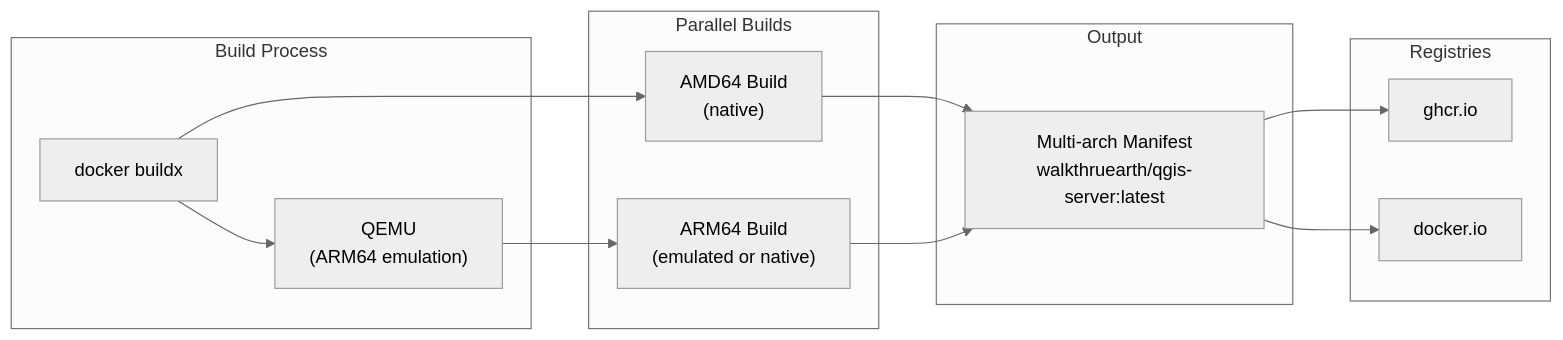
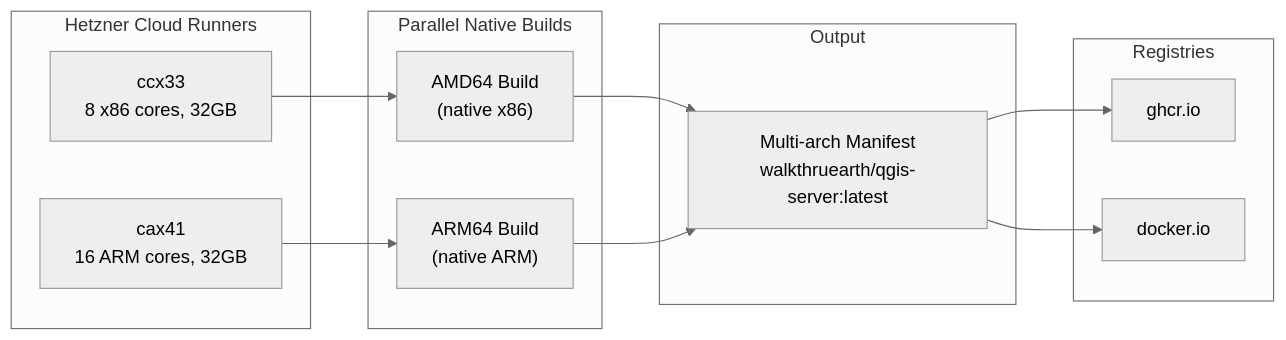
One commit to walkthru-earth/qgis-server changed the third of 7 diagrams in ARCHITECTURE.md. Above: the diagram before and after it, drawn with Mermaid (neutral theme). The commit also changed other lines of this file and 3 other files, not shown here.

First line of the commit message:
Use Hetzner Cloud self-hosted runners for native builds

````diff
--- a/ARCHITECTURE.md
+++ b/ARCHITECTURE.md
@@ -143,29 +150,28 @@
 ```mermaid
 flowchart LR
-    subgraph "Build Process"
-        BUILDX["docker buildx"]
-        QEMU["QEMU<br/>(ARM64 emulation)"]
+    subgraph "Hetzner Cloud Runners"
+        AMD_RUNNER["ccx33<br/>8 x86 cores, 32GB"]
+        ARM_RUNNER["cax41<br/>16 ARM cores, 32GB"]
     end
 
-    subgraph "Parallel Builds"
-        AMD["AMD64 Build<br/>(native)"]
-        ARM["ARM64 Build<br/>(emulated or native)"]
+    subgraph "Parallel Native Builds"
+        AMD["AMD64 Build<br/>(native x86)"]
+        ARM["ARM64 Build<br/>(native ARM)"]
     end
 
     subgraph "Output"
         MANIFEST["Multi-arch Manifest<br/>walkthruearth/qgis-server:latest"]
     end
 
     subgraph "Registries"
         GHCR["ghcr.io"]
         DOCKER["docker.io"]
     end
 
-    BUILDX --> QEMU
-    QEMU --> ARM
-    BUILDX --> AMD
+    AMD_RUNNER --> AMD
+    ARM_RUNNER --> ARM
     AMD --> MANIFEST
     ARM --> MANIFEST
     MANIFEST --> GHCR
     MANIFEST --> DOCKER
 ```
````
